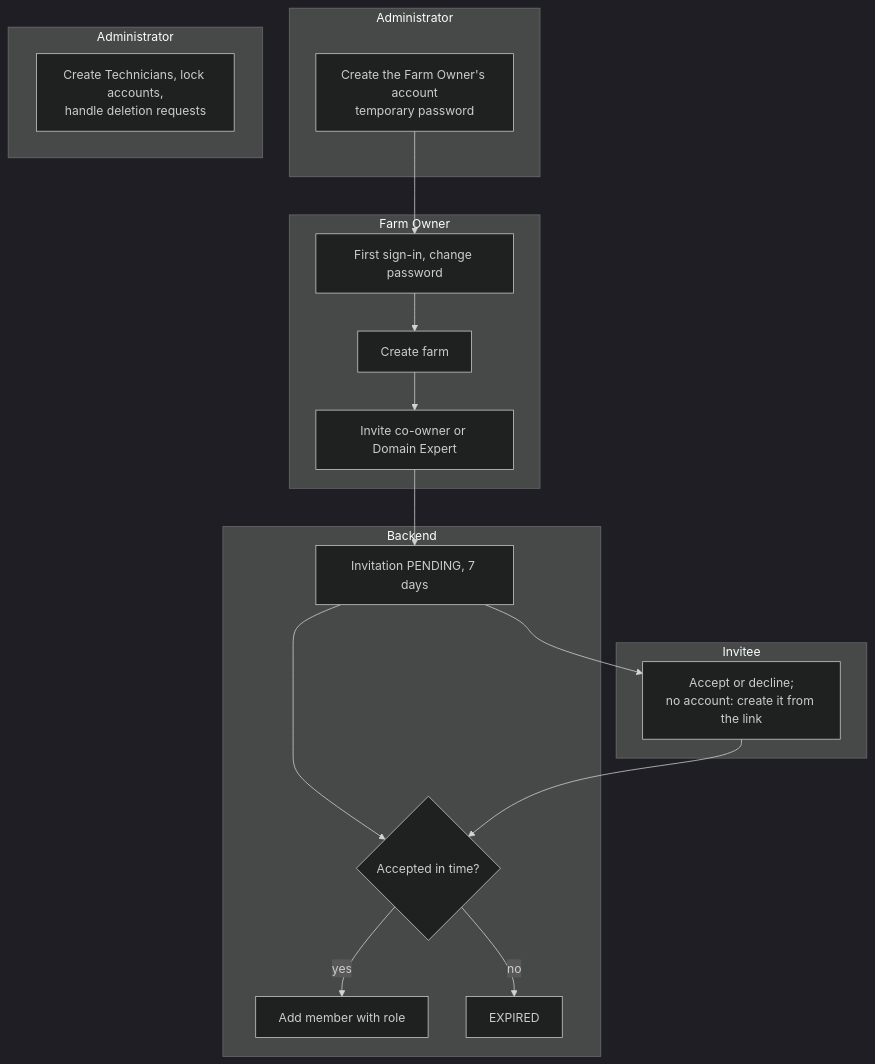
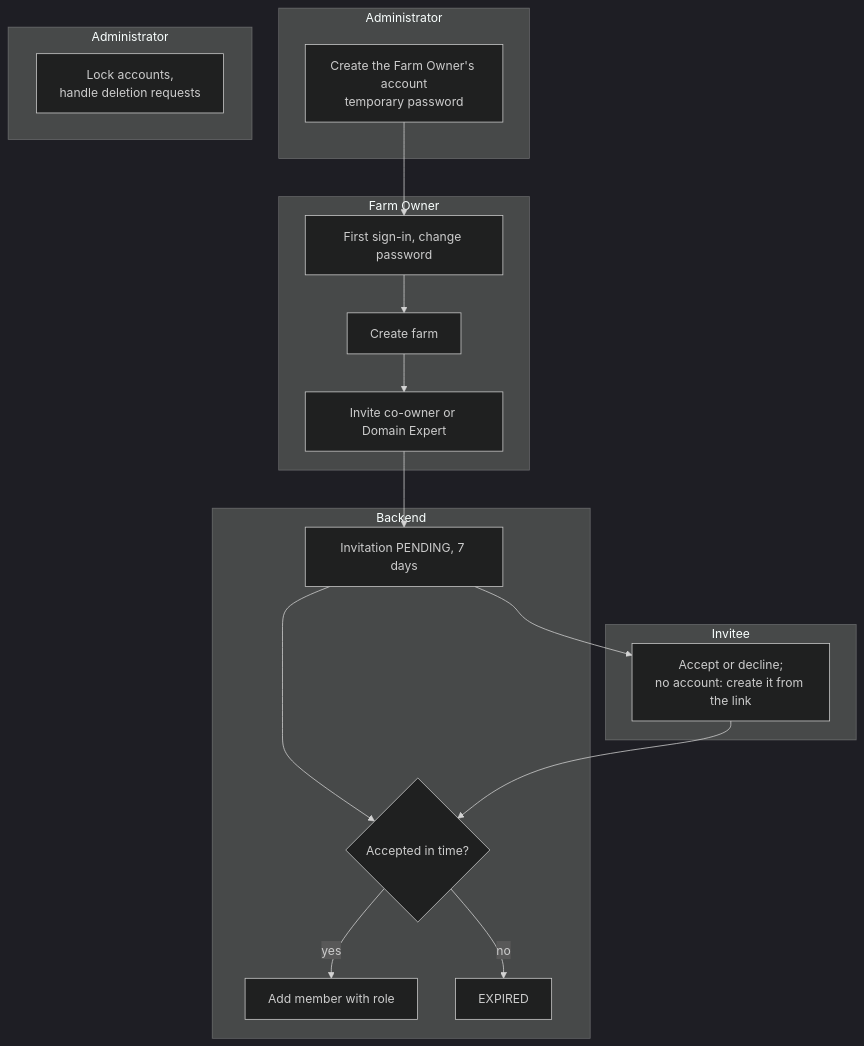
One commit to NBao261/SwiftletCare_KLTN changed diagram 29 of 31 in docs/reports/report4-sdd.md. Above: the diagram before and after it, drawn with Mermaid (dark theme). The commit also changed other lines of this file and 18 other files, not shown here.

````diff
--- a/docs/reports/report4-sdd.md
+++ b/docs/reports/report4-sdd.md
@@ -1283,23 +1285,23 @@
 ```mermaid
 flowchart TB
   subgraph A0[Administrator]
     A0a[Create the Farm Owner's account<br/>temporary password]
   end
   subgraph U[Farm Owner]
     U1[First sign-in, change password] --> U2[Create farm]
     U2 --> U3[Invite co-owner or Domain Expert]
   end
   subgraph B[Backend]
     B1[Invitation PENDING, 7 days] --> B2{Accepted in time?}
     B2 -- yes --> B3[Add member with role]
     B2 -- no --> B4[EXPIRED]
   end
   subgraph E[Invitee]
     E1[Accept or decline;<br/>no account: create it from the link]
   end
   subgraph A[Administrator]
-    A1[Create Technicians, lock accounts,<br/>handle deletion requests]
+    A1[Lock accounts,<br/>handle deletion requests]
   end
   A0a --> U1
   U3 --> B1 --> E1 --> B2
 ```
````
